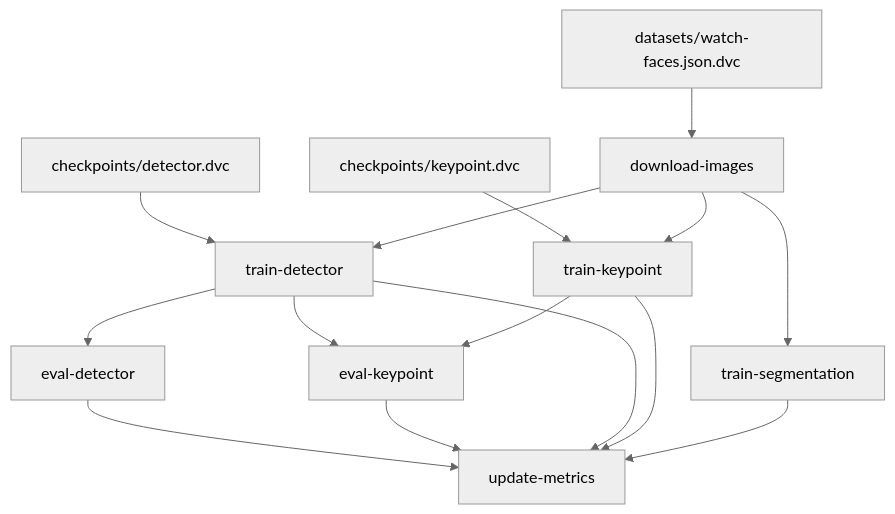
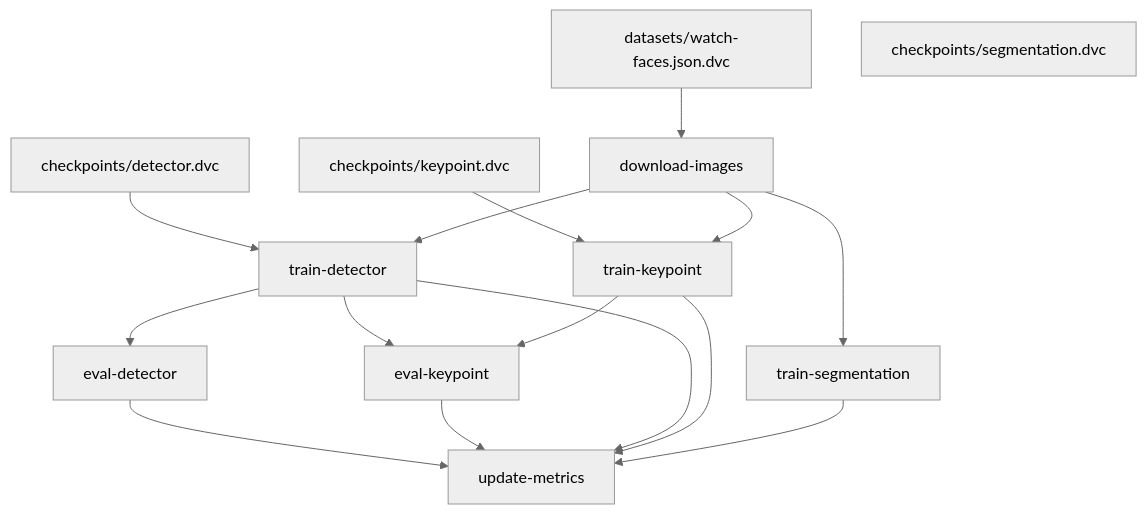
Before and after one commit to akucia/analog-watch-recognition: the diagram in README.md, drawn with Mermaid (neutral theme). The commit also changed other lines of this file and 36 other files, not shown here.

````diff
--- a/README.md
+++ b/README.md
@@ -12,27 +12,28 @@
 ```mermaid
 flowchart TD
 	node1["checkpoints/detector.dvc"]
 	node2["checkpoints/keypoint.dvc"]
 	node3["datasets/watch-faces.json.dvc"]
 	node4["download-images"]
 	node5["eval-detector"]
 	node6["eval-keypoint"]
 	node7["train-detector"]
 	node8["train-keypoint"]
 	node9["train-segmentation"]
 	node10["update-metrics"]
 	node1-->node7
 	node2-->node8
 	node3-->node4
 	node4-->node7
 	node4-->node8
 	node4-->node9
 	node5-->node10
 	node6-->node10
 	node7-->node5
 	node7-->node6
 	node7-->node10
 	node8-->node6
 	node8-->node10
 	node9-->node10
+	node11["checkpoints/segmentation.dvc"]
 ```
````
